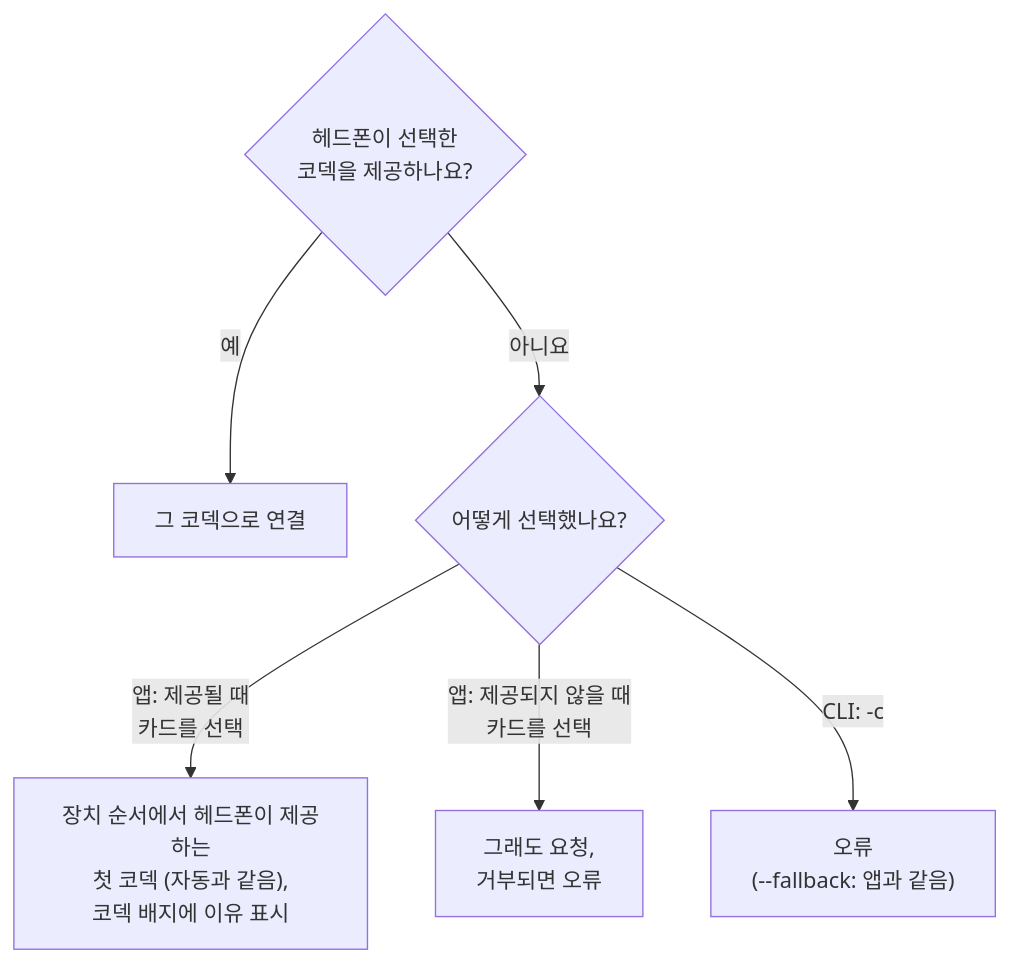
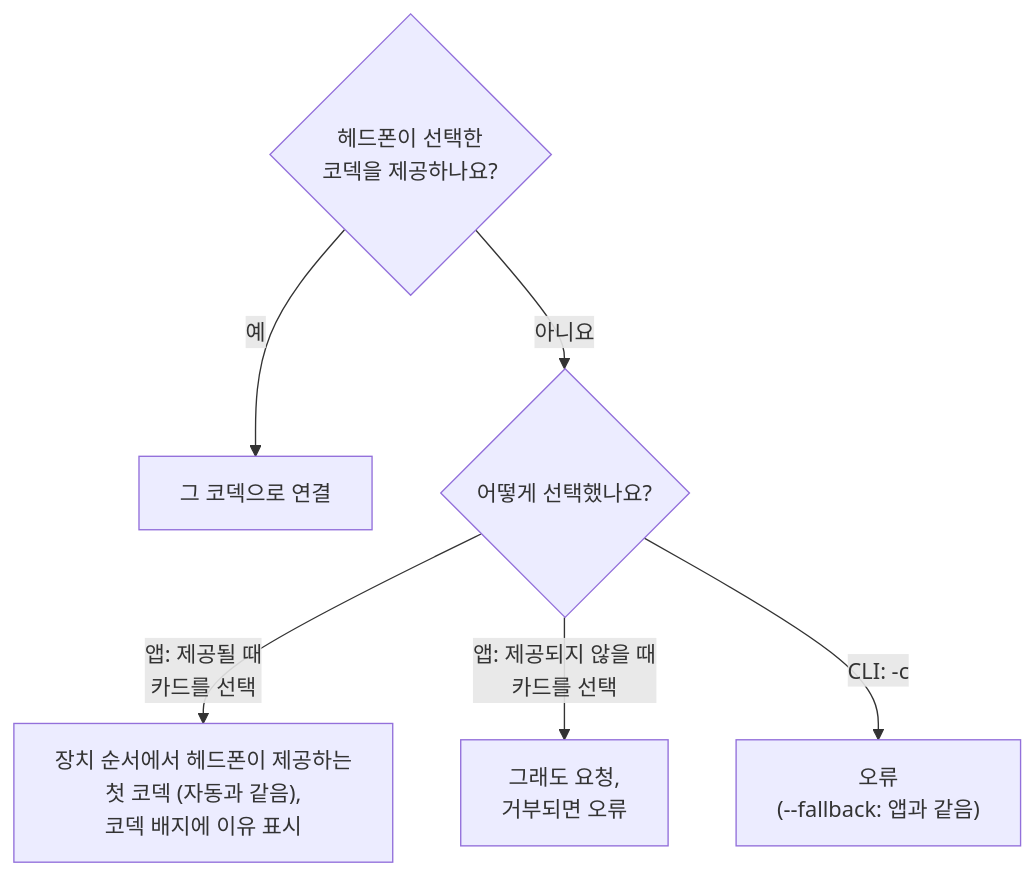
The second of 2 diagrams in docs/ko/usage.md (SeiyaFunaokaJP/BlueCaster), drawn with Mermaid before and after one commit. The commit also changed other lines of this file and 7 other files, not shown here.

Commit message:
Docs: room for the long labels of the new flowcharts

````diff
--- a/docs/ko/usage.md
+++ b/docs/ko/usage.md
@@ -426,9 +432,15 @@
 ```mermaid
+---
+config:
+  flowchart:
+    wrappingWidth: 480
+    rankSpacing: 30
+---
 flowchart TD
     q{"헤드폰이 선택한<br>코덱을 제공하나요?"}
     q -->|"예"| use["그 코덱으로 연결"]
     q -->|"아니요"| how{"어떻게 선택했나요?"}
     how -->|"앱: 제공될 때<br>카드를 선택"| fb["장치 순서에서 헤드폰이 제공하는<br>첫 코덱 (자동과 같음),<br>코덱 배지에 이유 표시"]
     how -->|"앱: 제공되지 않을 때<br>카드를 선택"| force["그래도 요청,<br>거부되면 오류"]
     how -->|"CLI: -c"| cli["오류<br>(--fallback: 앱과 같음)"]
 ```
````
